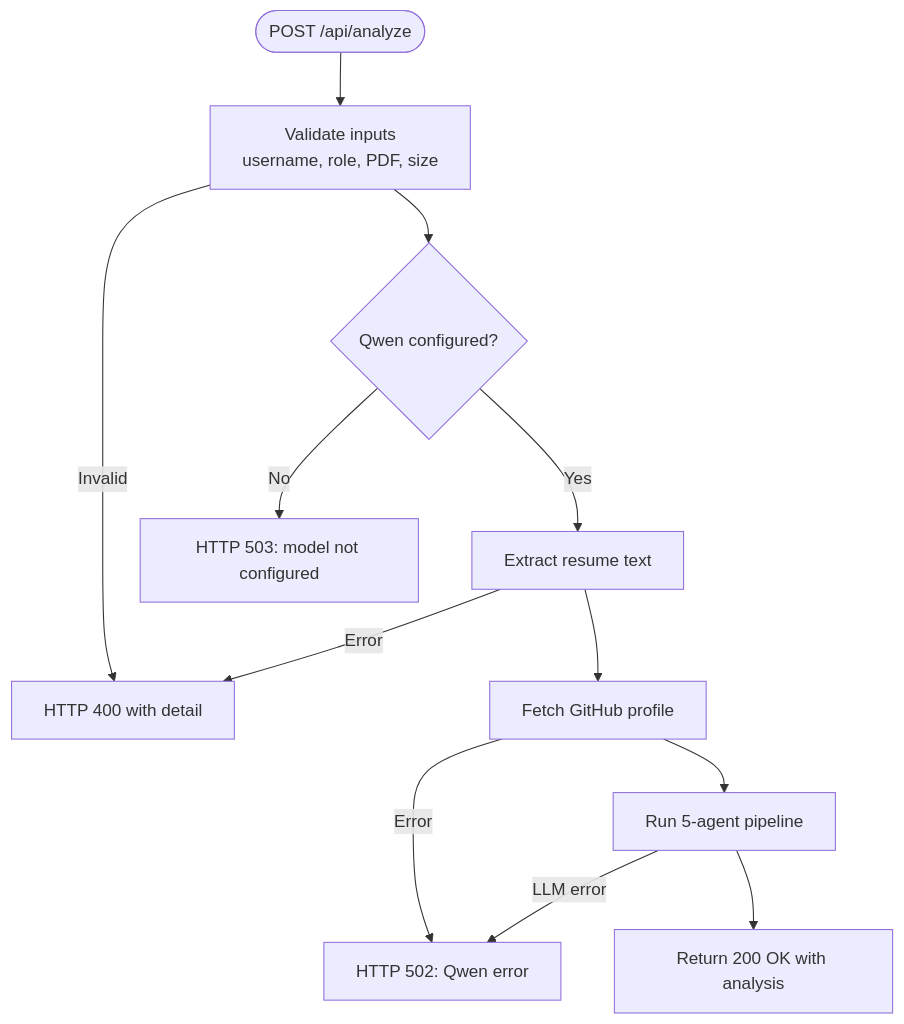
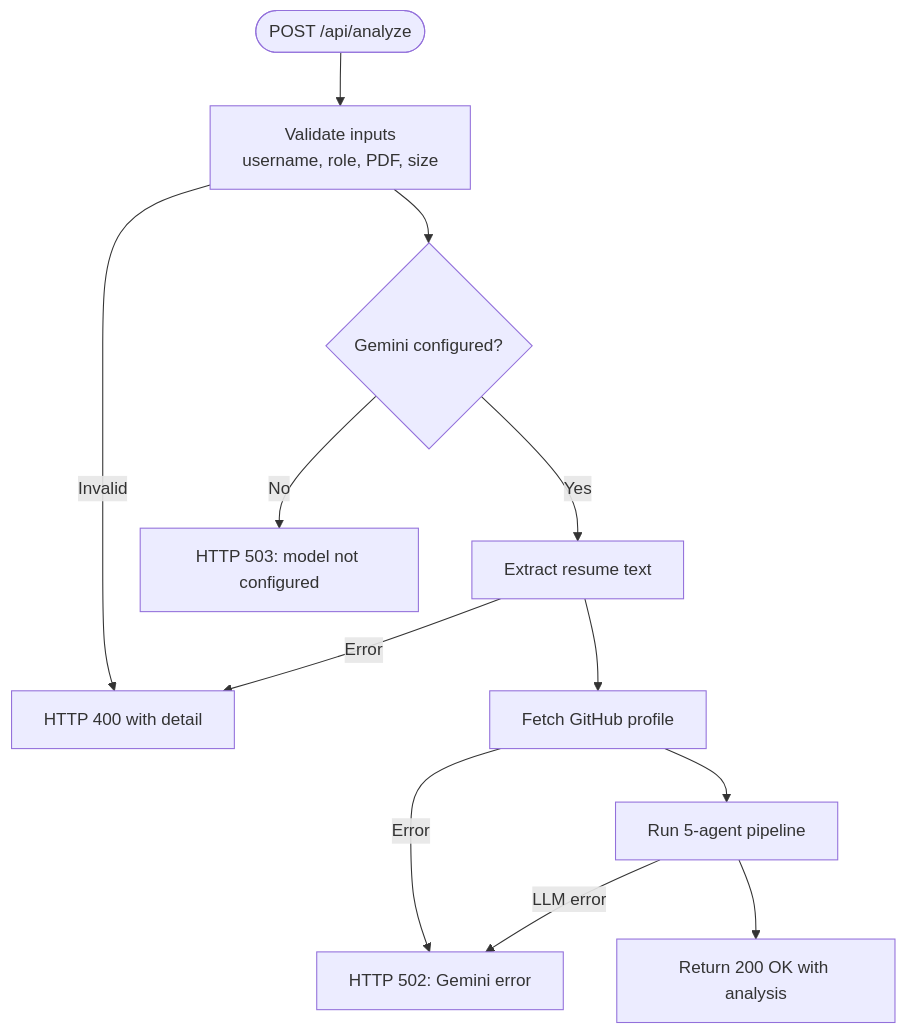
One commit to waqarimran342/CareerOS-AI changed the third of 5 diagrams in .qoder/repowiki/en/content/API Reference.md. Above: the diagram before and after it, drawn with Mermaid. The commit also changed other lines of this file and 32 other files, not shown here.

````diff
--- a/.qoder/repowiki/en/content/API Reference.md
+++ b/.qoder/repowiki/en/content/API Reference.md
@@ -171,14 +181,14 @@
 ```mermaid
 flowchart TD
 Start(["POST /api/analyze"]) --> Validate["Validate inputs<br/>username, role, PDF, size"]
 Validate --> |Invalid| Err400["HTTP 400 with detail"]
-Validate --> CheckModel{"Qwen configured?"}
+Validate --> CheckModel{"Gemini configured?"}
 CheckModel --> |No| Err503["HTTP 503: model not configured"]
 CheckModel --> |Yes| Extract["Extract resume text"]
 Extract --> |Error| Err400
 Extract --> FetchGH["Fetch GitHub profile"]
 FetchGH --> |Error| Err502["HTTP 502: GitHub error"]
 FetchGH --> Pipeline["Run 5-agent pipeline"]
-Pipeline --> |LLM error| Err502["HTTP 502: Qwen error"]
+Pipeline --> |LLM error| Err502["HTTP 502: Gemini error"]
 Pipeline --> Return["Return 200 OK with analysis"]
 ```
````
